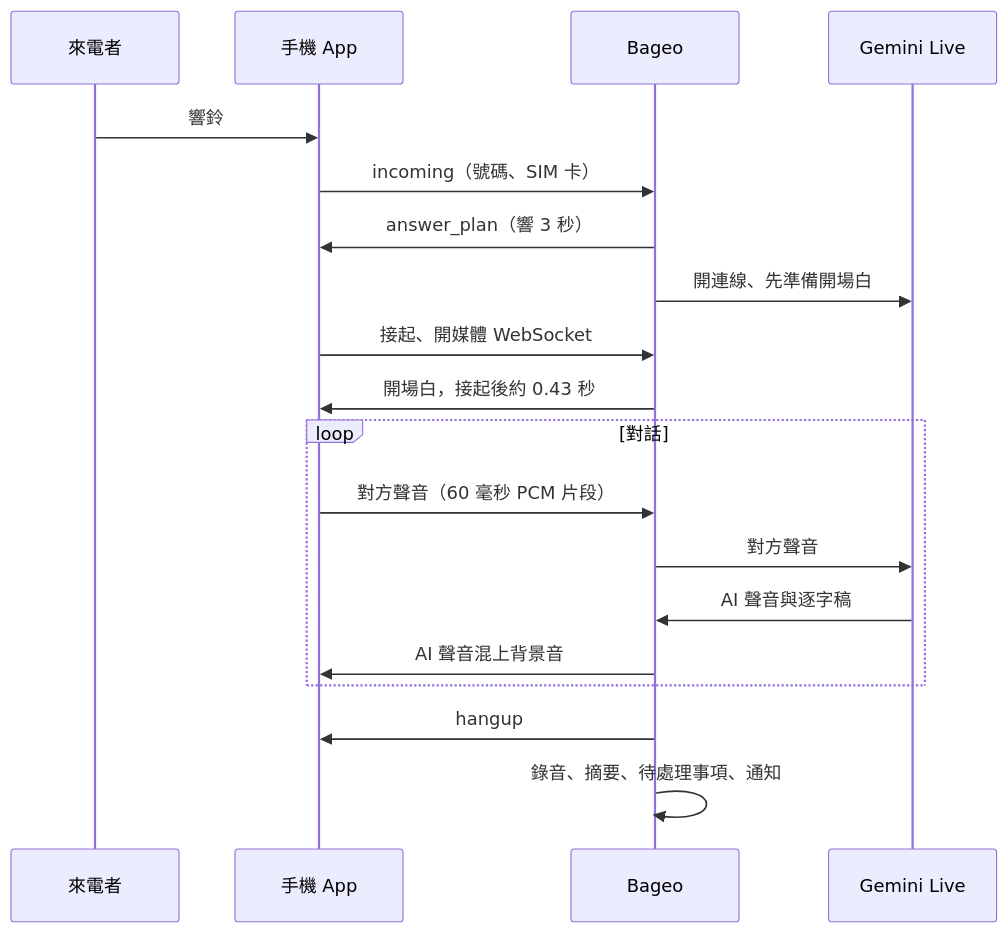
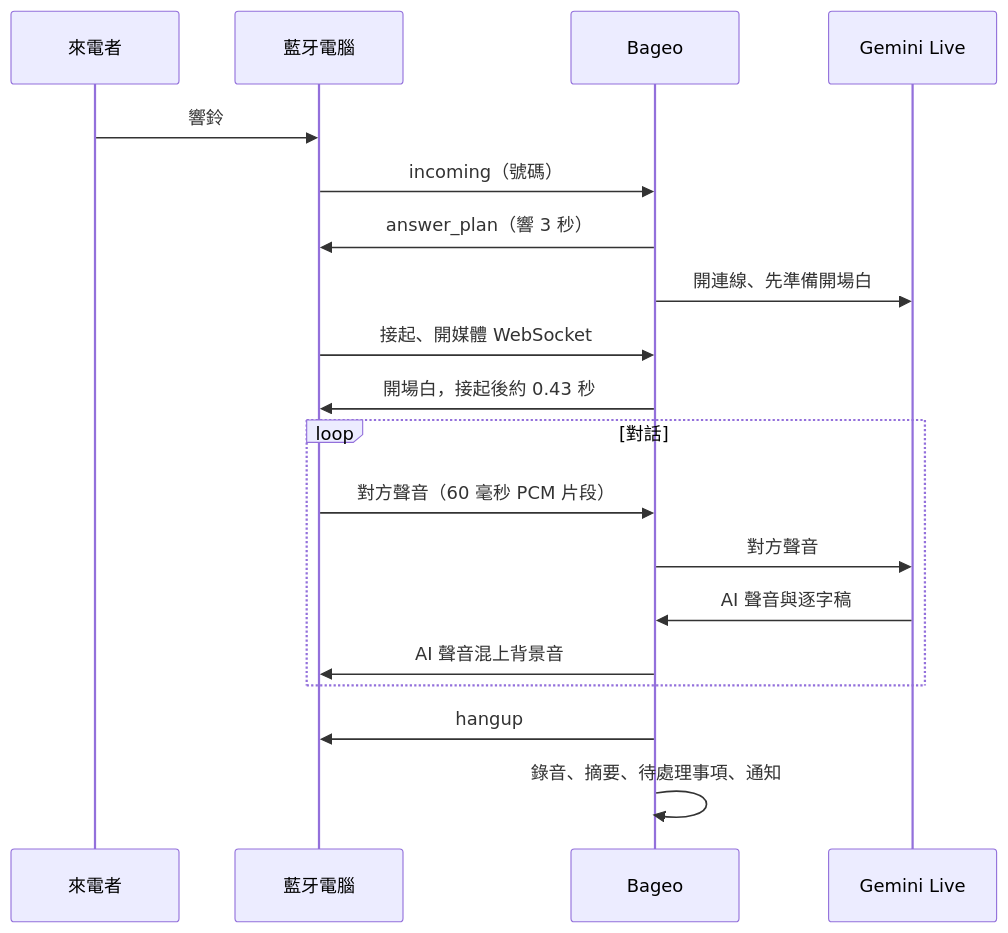
The second of 2 diagrams in docs/zh-TW/ARCHITECTURE.md (h4lo-void/bageo-call-bluetooth), drawn with Mermaid before and after one commit. The commit also changed other lines of this file and 94 other files, not shown here.

````diff
--- a/docs/zh-TW/ARCHITECTURE.md
+++ b/docs/zh-TW/ARCHITECTURE.md
@@ -79,21 +79,21 @@
 ```mermaid
 sequenceDiagram
     participant C as 來電者
-    participant P as 手機 App
+    participant P as 藍牙電腦
     participant A as Bageo
     participant G as Gemini Live
     C->>P: 響鈴
-    P->>A: incoming（號碼、SIM 卡）
+    P->>A: incoming（號碼）
     A->>P: answer_plan（響 3 秒）
     A->>G: 開連線、先準備開場白
     P->>A: 接起、開媒體 WebSocket
     A->>P: 開場白，接起後約 0.43 秒
     loop 對話
         P->>A: 對方聲音（60 毫秒 PCM 片段）
         A->>G: 對方聲音
         G->>A: AI 聲音與逐字稿
         A->>P: AI 聲音混上背景音
     end
     A->>P: hangup
     A->>A: 錄音、摘要、待處理事項、通知
 ```
````
